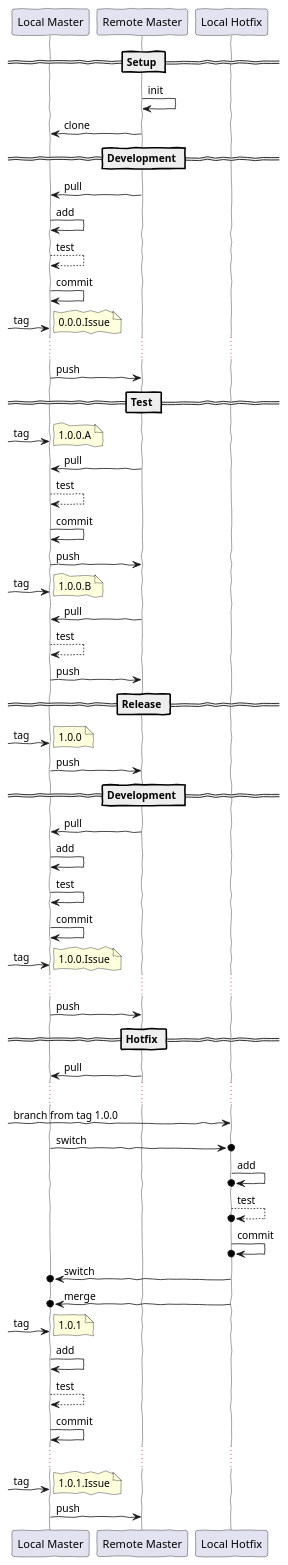
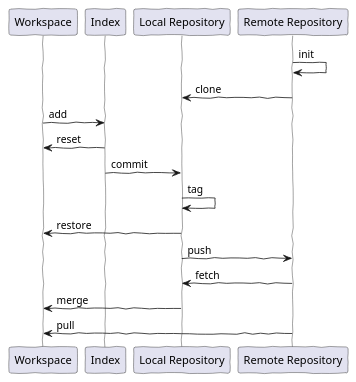
Before and after one commit to braboj/tutorial-git: the diagram in Assets/uml/git_dataflow_diagram.puml, drawn with PlantUML.

Commit message:
(TUT-GIT) - Update of the dataflow diagram

```diff
--- a/Assets/uml/git_dataflow_diagram.puml
+++ b/Assets/uml/git_dataflow_diagram.puml
@@ -1,77 +1,23 @@
 @startuml
 skinparam lifelineStrategy solid
 'skinparam backgroundColor #EEEBDC
 skinparam handwritten true
-participant "Local Master" as Local
-participant "Remote Master" as Remote
-participant "Local Hotfix" as Hotfix
 
-== Setup ==
-Remote -> Remote: init
-Remote -> Local: clone
+participant Workspace
+participant Index
+participant "Local Repository" as Local
+participant "Remote Repository" as Remote
 
-== Development ==
-Remote -> Local: pull
-Local -> Local: add
-Local --> Local: test
-Local -> Local: commit
+Remote -> Remote    : init
+Remote -> Local     : clone
+Workspace -> Index  : add
+Index -> Workspace  : reset
+Index -> Local      : commit
+Local -> Local      : tag
+Local -> Workspace  : restore
+Local -> Remote     : push
+Remote -> Local     : fetch
+Local -> Workspace  : merge
+Remote -> Workspace : pull
 
-[-> Local: tag
-note right: 0.0.0.Issue
-...
-Local -> Remote: push
-
-== Test ==
-
-[-> Local: tag
-note right: 1.0.0.A
-Remote -> Local: pull
-Local --> Local: test
-Local -> Local: commit
-Local -> Remote: push
-
-[-> Local: tag
-note right: 1.0.0.B
-Remote -> Local: pull
-Local --> Local: test
-Local -> Remote: push
-
-== Release ==
-[-> Local: tag
-note right: 1.0.0
-Local -> Remote: push
-
-== Development ==
-Remote -> Local: pull
-Local -> Local: add
-Local -> Local: test
-Local -> Local: commit
-
-[-> Local: tag
-note right: 1.0.0.Issue
-...
-Local -> Remote: push
-
-
-== Hotfix ==
-Remote -> Local: pull
-...
-
-[-> Hotfix: branch from tag 1.0.0
-Local ->o Hotfix: switch
-Hotfix ->o Hotfix: add
-Hotfix -->o Hotfix: test
-Hotfix ->o Hotfix: commit
-Hotfix ->o Local: switch
-Hotfix ->o Local: merge
-[-> Local: tag
-note right: 1.0.1
-
-Local -> Local: add
-Local --> Local: test
-Local -> Local: commit
-...
-[-> Local: tag
-note right: 1.0.1.Issue
-Local -> Remote: push
 @enduml
```
